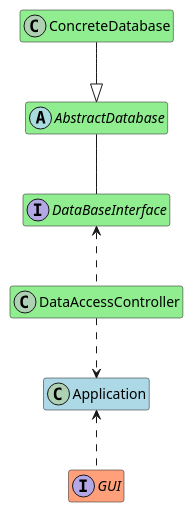
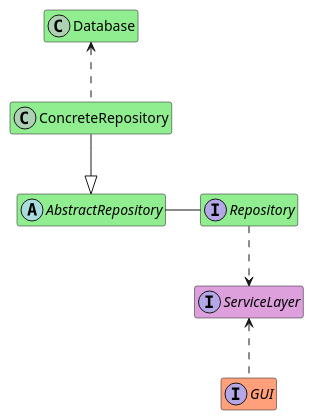
Before and after one commit to Uhgtred/Recipe_Shopping_List: the diagram in Architecture/BlackBoxViewDatabase.puml, drawn with PlantUML. The commit also changed 2 other files, not shown here.

Commit message:
Slight refactoring of the architecture, adding a service layer instead of an api

```diff
--- a/Architecture/BlackBoxViewDatabase.puml
+++ b/Architecture/BlackBoxViewDatabase.puml
@@ -1,22 +1,23 @@
 @startuml
 hide empty members
 
 
-interface DataBaseInterface #lightgreen
+class Database #lightgreen
 
-abstract class AbstractDatabase #lightgreen
-AbstractDatabase -- DataBaseInterface
+abstract class AbstractRepository #lightgreen
 
-class ConcreteDatabase #lightgreen
-ConcreteDatabase --|> AbstractDatabase
+class ConcreteRepository #lightgreen
+ConcreteRepository --|> AbstractRepository
+ConcreteRepository .u.> Database
 
-class DataAccessController #lightgreen
-DataAccessController ..> Application
-DataAccessController .u.> DataBaseInterface
+interface Repository #lightgreen
+Repository ..> ServiceLayer
+Repository -l- AbstractRepository
+
 
 interface GUI #lightsalmon
-GUI .u.> Application
+GUI .u.> ServiceLayer
 
-class Application #lightblue
+interface ServiceLayer #plum
 
 @enduml
```
